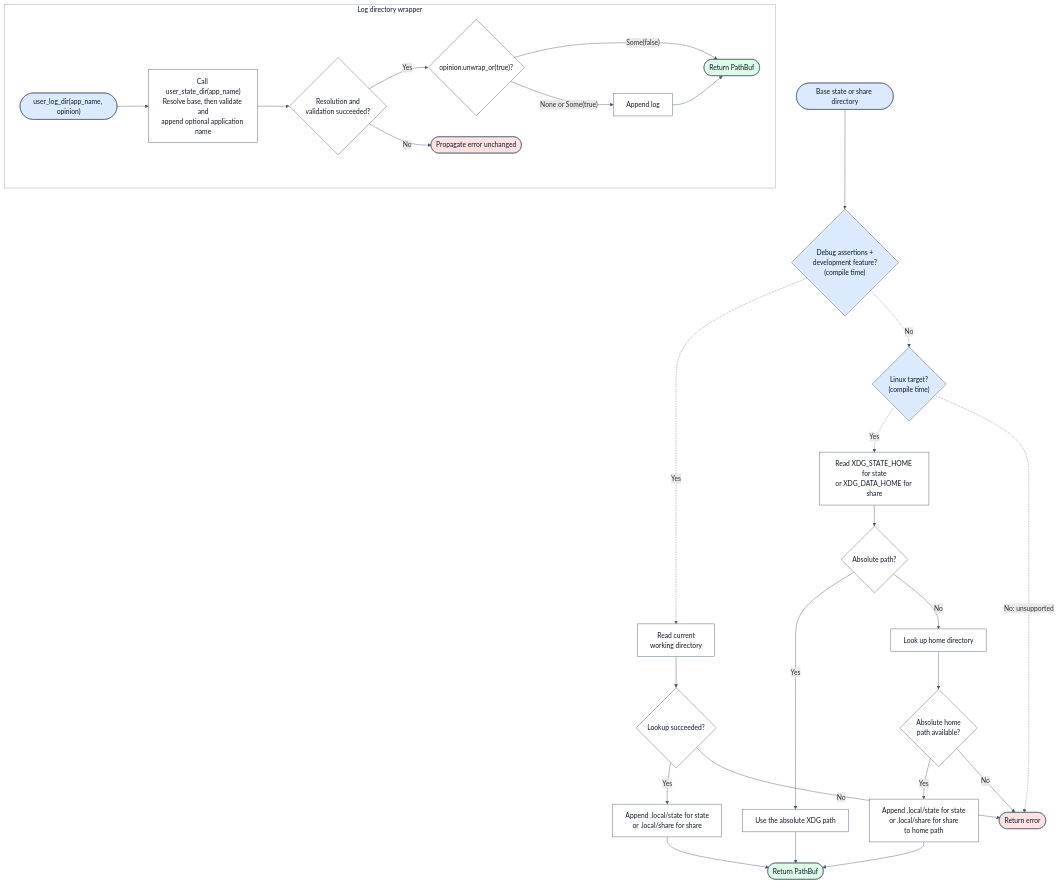
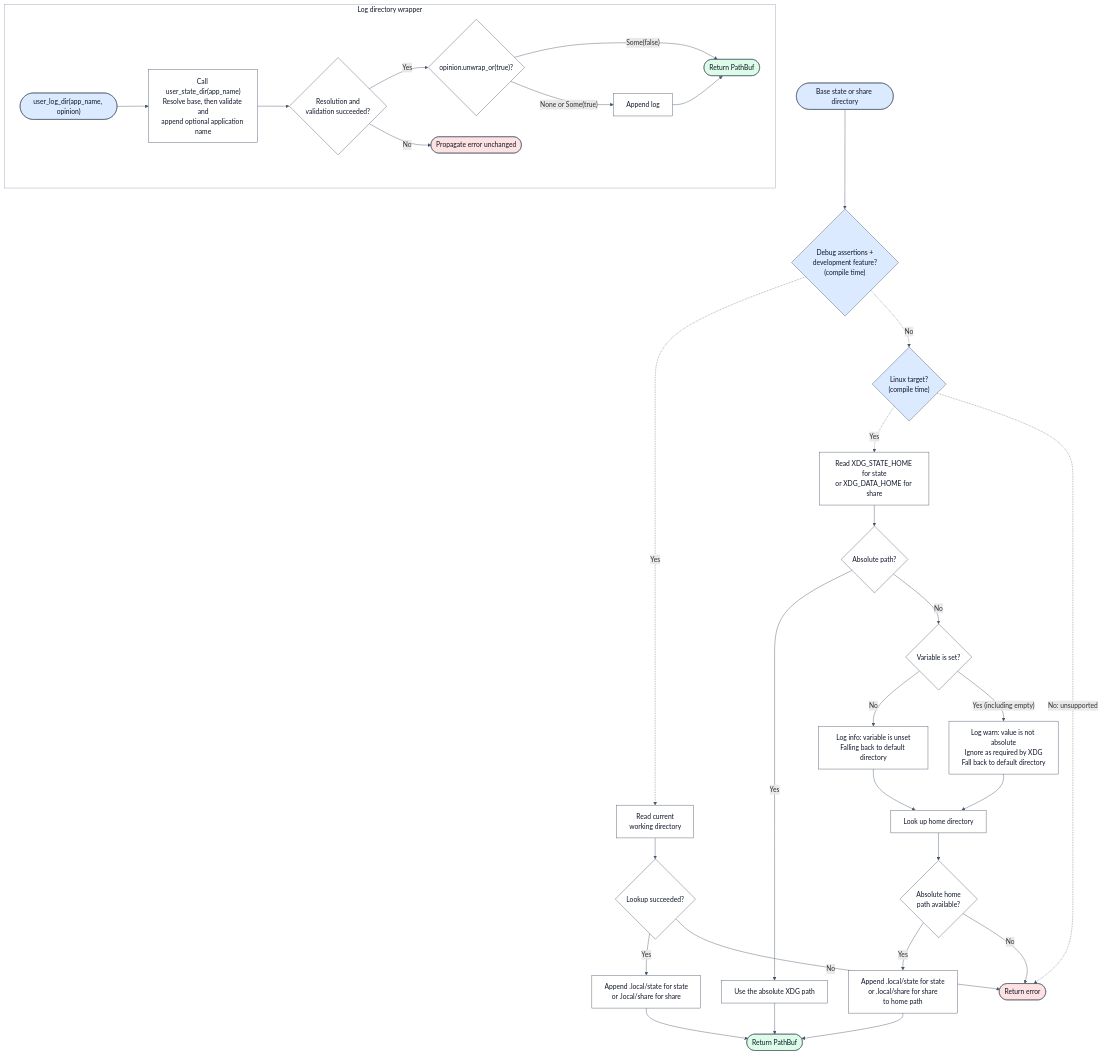
The diagram in crates/platform-dirs/docs/resolution.mmd (chessvaultdotapp/chessvault), drawn with Mermaid before and after one commit. The commit also changed 12 other files, not shown here.

Commit message:
[desktop][platform-dirs][docs] Log XDG fallbacks by default

```diff
--- a/crates/platform-dirs/docs/resolution.mmd
+++ b/crates/platform-dirs/docs/resolution.mmd
@@ -1,66 +1,73 @@
 flowchart TB
     subgraph log_wrapper["Log directory wrapper"]
         log_start(["user_log_dir(app_name, opinion)"])
         state_call["Call user_state_dir(app_name)<br/>Resolve base, then validate and<br/>append optional application name"]
         state_ok{"Resolution and<br/>validation succeeded?"}
         opinion{"opinion.unwrap_or(true)?"}
         append_log["Append log"]
         log_result(["Return PathBuf"])
         log_error(["Propagate error unchanged"])
 
         log_start --> state_call
         state_call --> state_ok
         state_ok -->|Yes| opinion
         state_ok -->|No| log_error
         opinion -->|"None or Some(true)"| append_log
         opinion -->|"Some(false)"| log_result
         append_log --> log_result
     end
 
     start(["Base state or share directory"])
     select{"Debug assertions +<br/>development feature?<br/>(compile time)"}
     platform{"Linux target?<br/>(compile time)"}
 
     cwd["Read current<br/>working directory"]
     cwd_ok{"Lookup succeeded?"}
     local["Append .local/state for state<br/>or .local/share for share"]
 
     read_xdg["Read XDG_STATE_HOME for state<br/>or XDG_DATA_HOME for share"]
     xdg{"Absolute path?"}
     use_xdg["Use the absolute XDG path"]
+    xdg_set{"Variable is set?"}
+    log_info["Log info: variable is unset<br/>Falling back to default directory"]
+    log_warn["Log warn: value is not absolute<br/>Ignore as required by XDG<br/>Fall back to default directory"]
     home["Look up home directory"]
     valid_home{"Absolute home<br/>path available?"}
     fallback["Append .local/state for state<br/>or .local/share for share<br/>to home path"]
 
     error(["Return error"])
     result(["Return PathBuf"])
 
     start --> select
     select -.->|Yes| cwd
     select -.->|No| platform
     platform -.->|Yes| read_xdg
     platform -.->|"No: unsupported"| error
 
     cwd --> cwd_ok
     cwd_ok -->|Yes| local
     cwd_ok -->|No| error
     local --> result
 
     read_xdg --> xdg
     xdg -->|Yes| use_xdg
-    xdg -->|No| home
+    xdg -->|No| xdg_set
+    xdg_set -->|No| log_info
+    xdg_set -->|"Yes (including empty)"| log_warn
+    log_info --> home
+    log_warn --> home
     use_xdg --> result
     home --> valid_home
     valid_home -->|Yes| fallback
     valid_home -->|No| error
     fallback --> result
 
     classDef default fill:#ffffff,stroke:#475569,color:#0f172a
     classDef entry fill:#dbeafe,stroke:#475569,color:#0f172a
     classDef success fill:#dcfce7,stroke:#475569,color:#0f172a
     classDef failure fill:#fee2e2,stroke:#475569,color:#0f172a
     class log_start,start,select,platform entry
     class log_result,result success
     class log_error,error failure
     style log_wrapper fill:transparent,stroke:#94a3b8,color:#0f172a
     linkStyle default stroke:#475569
```
